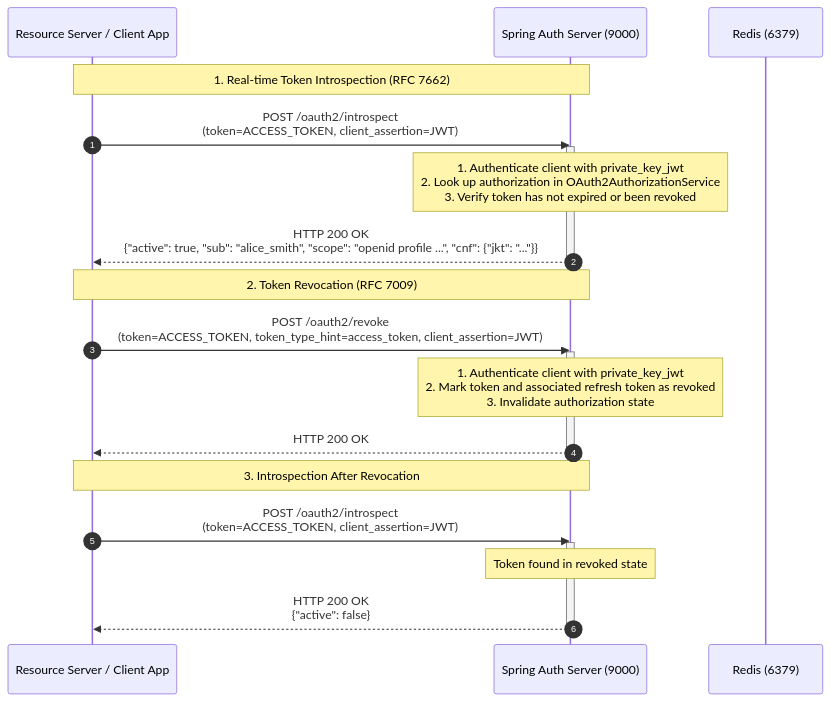
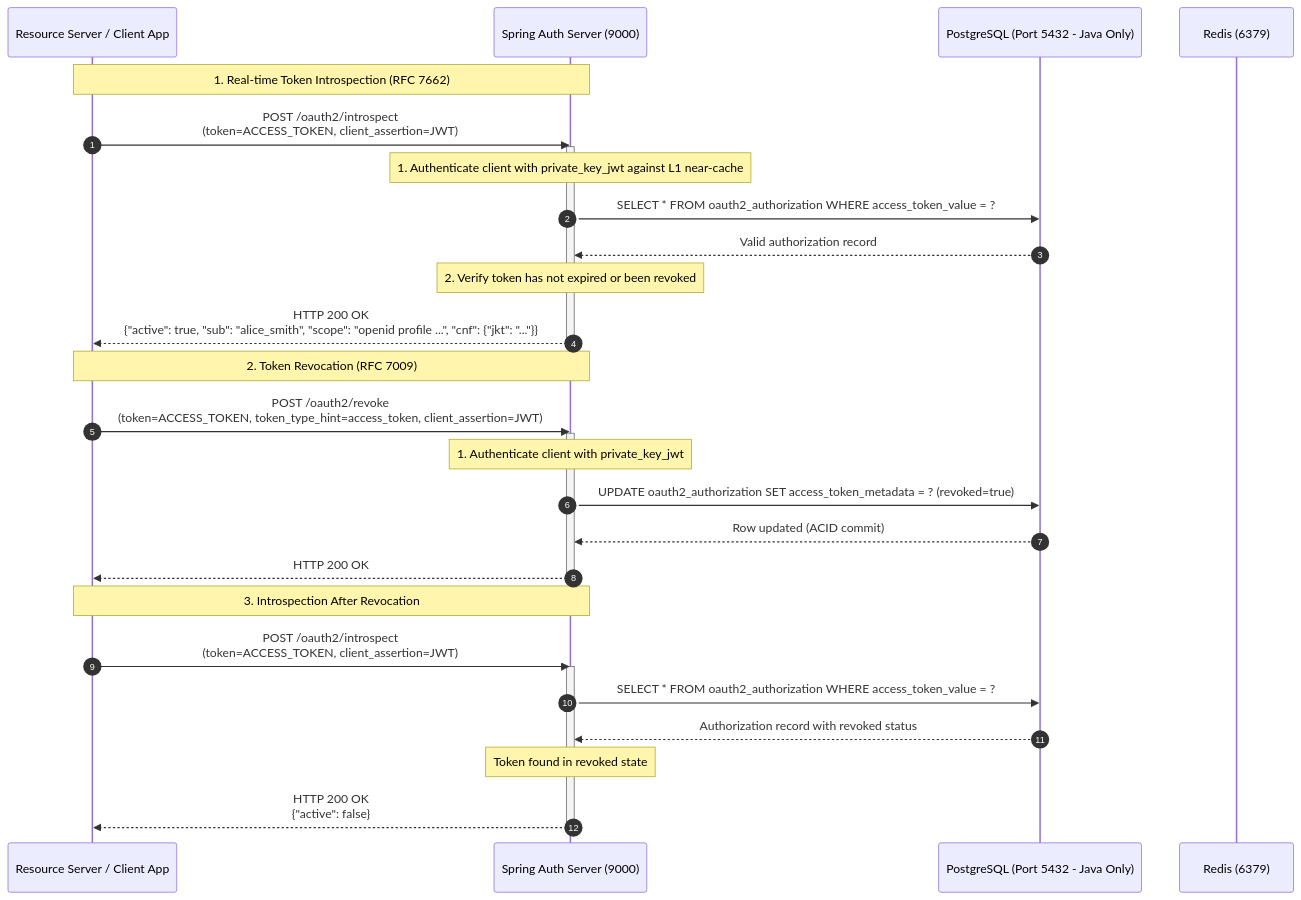
One commit to shoeyn/oauth-server changed the first of 2 diagrams in docs/architecture/token_lifecycle_and_logout_flow.md. Above: the diagram before and after it, drawn with Mermaid. The commit also changed 39 other files, not shown here.

````diff
--- a/docs/architecture/token_lifecycle_and_logout_flow.md
+++ b/docs/architecture/token_lifecycle_and_logout_flow.md
@@ -9,31 +9,39 @@
 ```mermaid
 sequenceDiagram
     autonumber
     participant Client as Resource Server / Client App
     participant Spring as Spring Auth Server (9000)
+    participant PG as PostgreSQL (Port 5432 - Java Only)
     participant Redis as Redis (6379)
 
     %% Introspection Before Revocation
     Note over Client, Spring: 1. Real-time Token Introspection (RFC 7662)
     Client->>Spring: POST /oauth2/introspect<br/>(token=ACCESS_TOKEN, client_assertion=JWT)
     activate Spring
-    Note over Spring: 1. Authenticate client with private_key_jwt<br/>2. Look up authorization in OAuth2AuthorizationService<br/>3. Verify token has not expired or been revoked
+    Note over Spring: 1. Authenticate client with private_key_jwt against L1 near-cache
+    Spring->>PG: SELECT * FROM oauth2_authorization WHERE access_token_value = ?
+    PG-->>Spring: Valid authorization record
+    Note over Spring: 2. Verify token has not expired or been revoked
     Spring-->>Client: HTTP 200 OK<br/>{"active": true, "sub": "alice_smith", "scope": "openid profile ...", "cnf": {"jkt": "..."}}
     deactivate Spring
 
     %% Revocation Flow
     Note over Client, Spring: 2. Token Revocation (RFC 7009)
     Client->>Spring: POST /oauth2/revoke<br/>(token=ACCESS_TOKEN, token_type_hint=access_token, client_assertion=JWT)
     activate Spring
-    Note over Spring: 1. Authenticate client with private_key_jwt<br/>2. Mark token and associated refresh token as revoked<br/>3. Invalidate authorization state
+    Note over Spring: 1. Authenticate client with private_key_jwt
+    Spring->>PG: UPDATE oauth2_authorization SET access_token_metadata = ? (revoked=true)
+    PG-->>Spring: Row updated (ACID commit)
     Spring-->>Client: HTTP 200 OK
     deactivate Spring
 
     %% Introspection After Revocation
     Note over Client, Spring: 3. Introspection After Revocation
     Client->>Spring: POST /oauth2/introspect<br/>(token=ACCESS_TOKEN, client_assertion=JWT)
     activate Spring
+    Spring->>PG: SELECT * FROM oauth2_authorization WHERE access_token_value = ?
+    PG-->>Spring: Authorization record with revoked status
     Note over Spring: Token found in revoked state
     Spring-->>Client: HTTP 200 OK<br/>{"active": false}
     deactivate Spring
 ```
````
